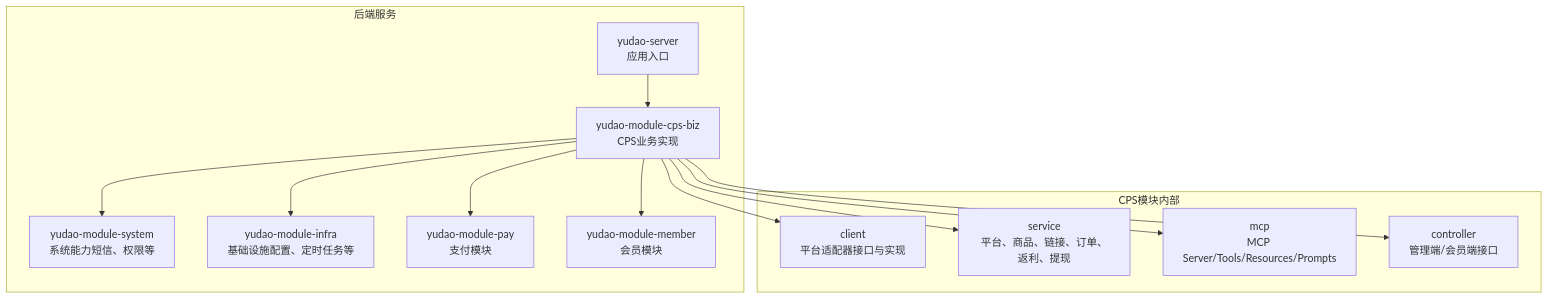
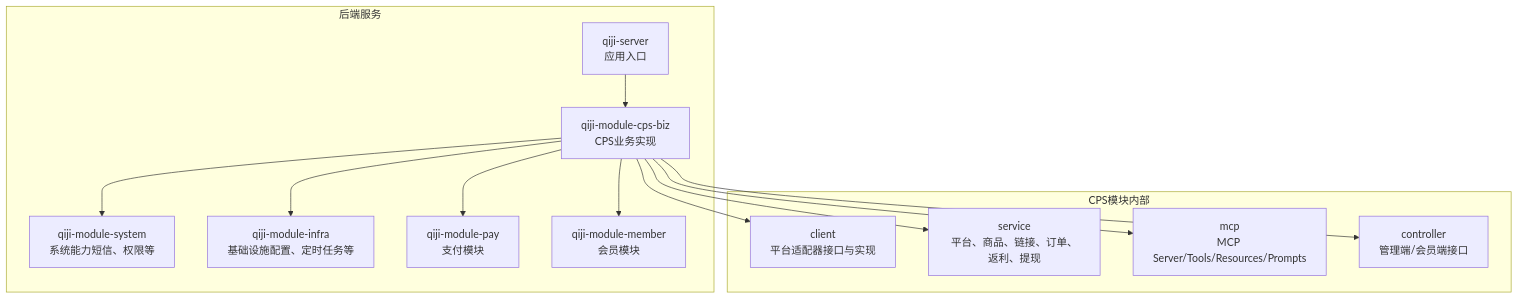
Before and after one commit to zhuangpengLI/AgenticCPS: the first of 7 diagrams in backend/.qoder/repowiki/zh/content/扩展与定制/扩展与定制.md, drawn with Mermaid. The commit also changed other lines of this file and 3489 other files, not shown here.

````diff
--- a/backend/.qoder/repowiki/zh/content/扩展与定制/扩展与定制.md
+++ b/backend/.qoder/repowiki/zh/content/扩展与定制/扩展与定制.md
@@ -49,26 +49,26 @@
 ```mermaid
 graph TB
 subgraph "后端服务"
-A["yudao-server<br/>应用入口"]
-B["yudao-module-cps-biz<br/>CPS业务实现"]
-C["yudao-module-system<br/>系统能力短信、权限等"]
-D["yudao-module-infra<br/>基础设施配置、定时任务等"]
-E["yudao-module-pay<br/>支付模块"]
-F["yudao-module-member<br/>会员模块"]
+A["qiji-server<br/>应用入口"]
+B["qiji-module-cps-biz<br/>CPS业务实现"]
+C["qiji-module-system<br/>系统能力短信、权限等"]
+D["qiji-module-infra<br/>基础设施配置、定时任务等"]
+E["qiji-module-pay<br/>支付模块"]
+F["qiji-module-member<br/>会员模块"]
 end
 A --> B
 B --> C
 B --> D
 B --> E
 B --> F
 subgraph "CPS模块内部"
 B1["client<br/>平台适配器接口与实现"]
 B2["service<br/>平台、商品、链接、订单、返利、提现"]
 B3["mcp<br/>MCP Server/Tools/Resources/Prompts"]
 B4["controller<br/>管理端/会员端接口"]
 end
 B --> B1
 B --> B2
 B --> B3
 B --> B4
 ```
````
